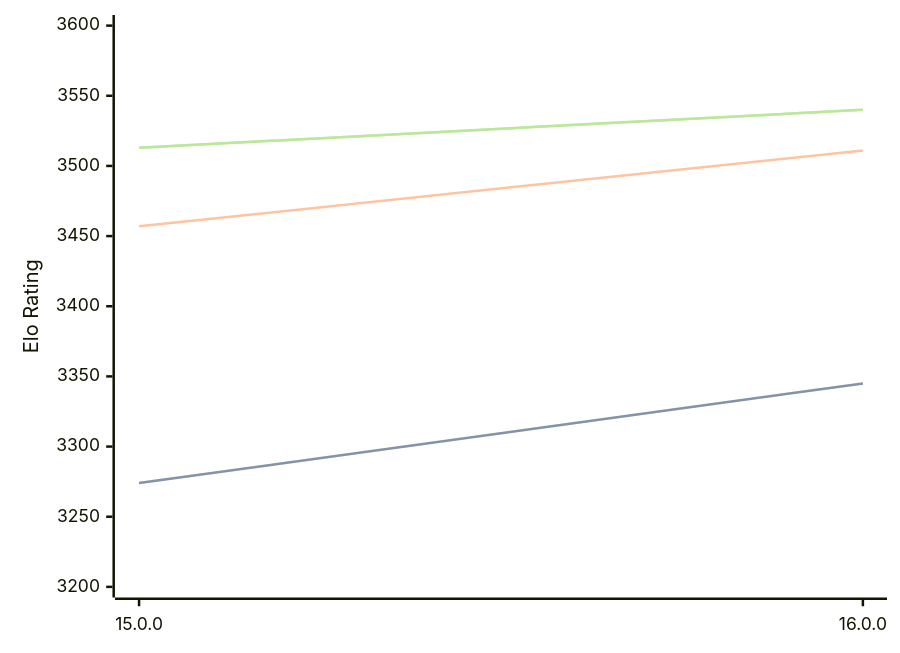
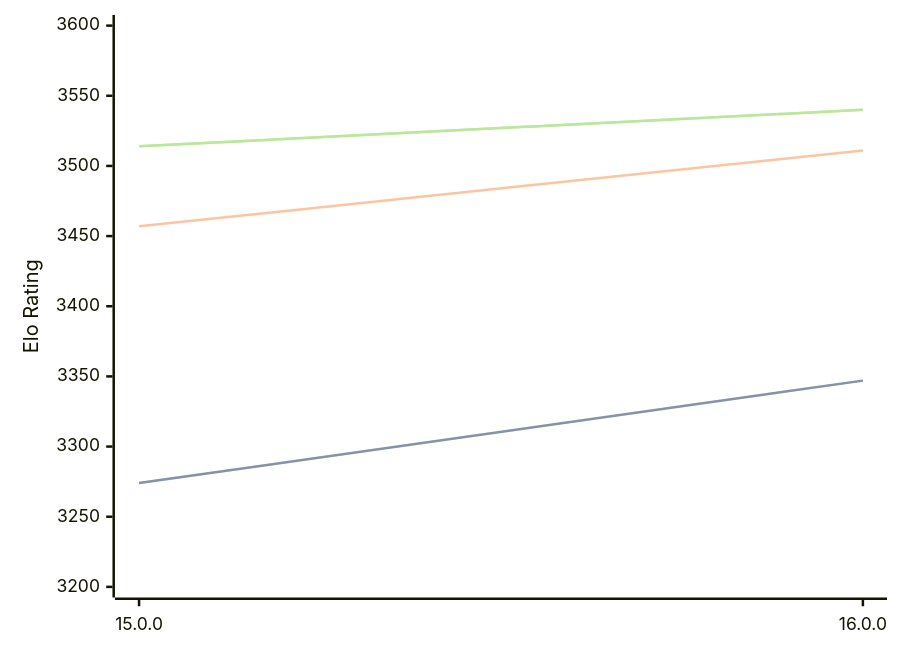
One commit to computer-chess-index/cci changed the third of 3 diagrams in engines/Halogen.md. Above: the diagram before and after it, drawn with Mermaid. The commit also changed other lines of this file, not shown here.

Commit message:
Update CCI Ratings (ELO VLTC) - 2026-06-30

````diff
--- a/engines/Halogen.md
+++ b/engines/Halogen.md
@@ -83,11 +83,11 @@
 ```mermaid
 %%{init: {"theme":"base","themeVariables":{"seriesColors:['#a3a3a3','#222221','#faa371']}}}%%
 xychart-beta
   x-axis ["15.0.0", "16.0.0"]
   y-axis "Elo Rating" 3200 --> 3600
-  line "STC (8.0+0.08s)" [3274, 3345]
-  line "STC (8.0+0.08s)" [3274, 3345]
+  line "STC (8.0+0.08s)" [3274, 3347]
+  line "STC (8.0+0.08s)" [3274, 3347]
   line "LTC (60.0+0.60s)" [3457, 3511]
-  line "VLTC (2m24s+1.12s)" [3513, 3540]
-  line "VLTC (2m24s+1.12s)" [3513, 3540]
+  line "VLTC (2m24s+1.12s)" [3514, 3540]
+  line "VLTC (2m24s+1.12s)" [3514, 3540]
 ```
````
